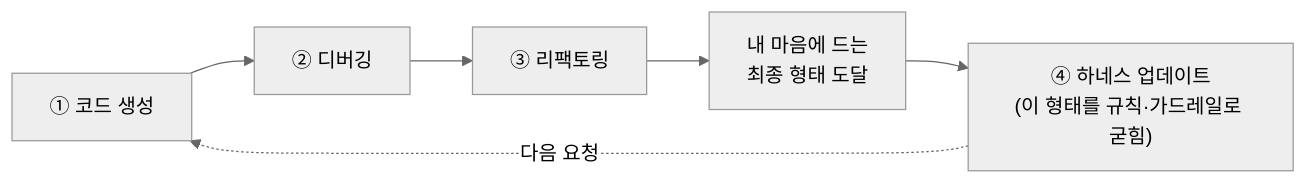
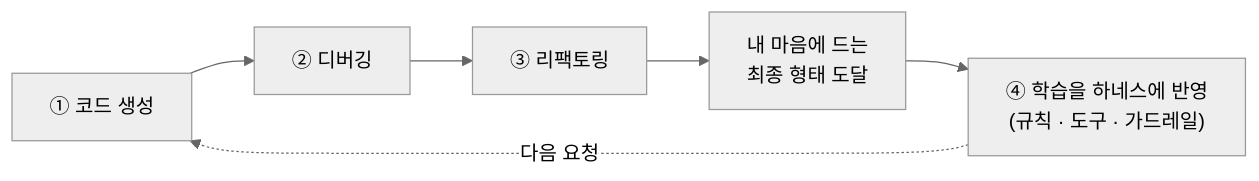
Before and after one commit to haandol/haandol.github.com: the eighth of 9 diagrams in _posts/2026-06-16-harness-engineering-in-practice.md, drawn with Mermaid (neutral theme). The commit also changed other lines of this file and 1 other file, not shown here.

````diff
--- a/_posts/2026-06-16-harness-engineering-in-practice.md
+++ b/_posts/2026-06-16-harness-engineering-in-practice.md
@@ -480,8 +432,8 @@
 ```mermaid
 flowchart LR
     G["① 코드 생성"] --> D["② 디버깅"]
     D --> R["③ 리팩토링"]
     R --> OK["내 마음에 드는<br/>최종 형태 도달"]
-    OK --> H["④ 하네스 업데이트<br/>(이 형태를 규칙·가드레일로 굳힘)"]
+    OK --> H["④ 학습을 하네스에 반영<br/>(규칙 · 도구 · 가드레일)"]
     H -.다음 요청.-> G
 ```
````
